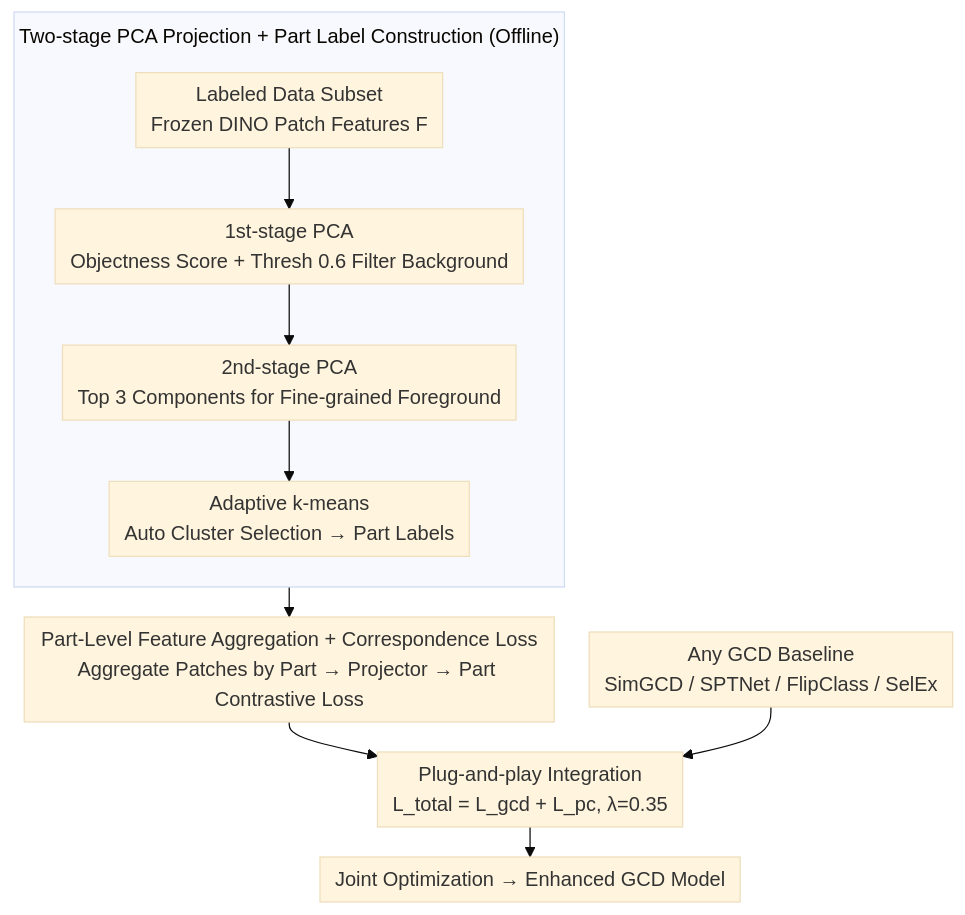
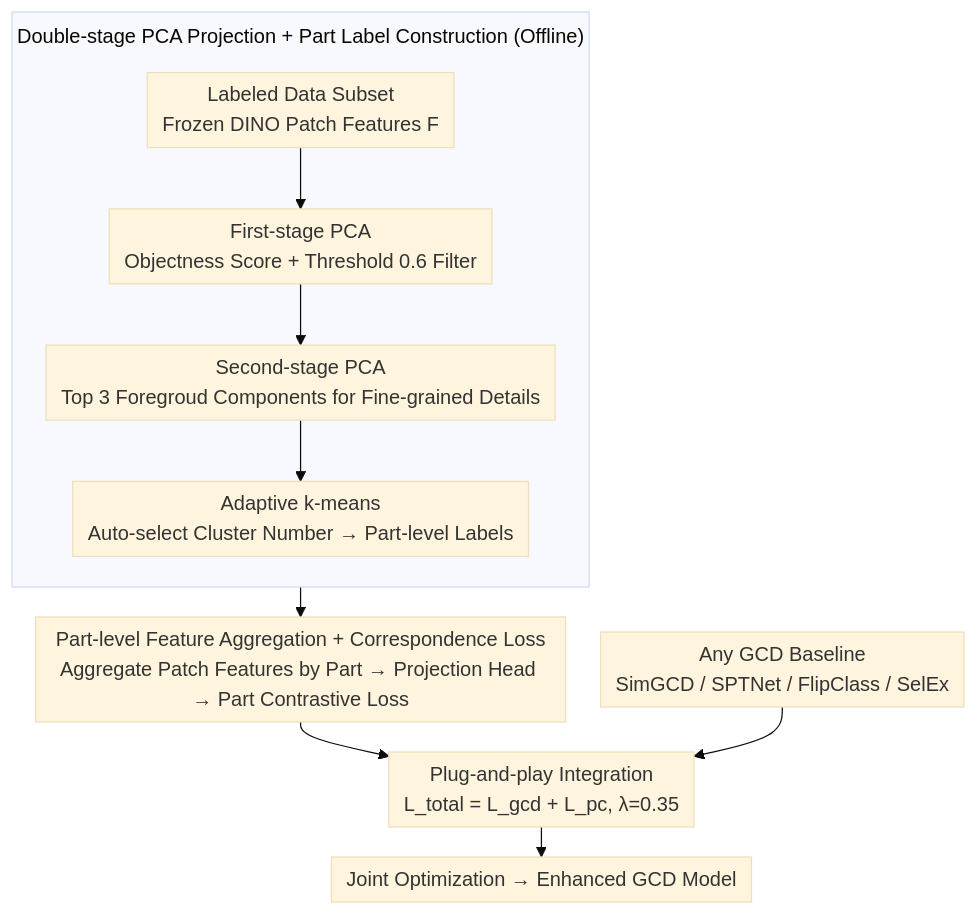
Before and after one commit to zhaoyang97/Paper-Notes-en: the diagram in docs/ICML2026/self_supervised/partco_part-level_correspondence_priors_enhance_category_discovery.md, drawn with Mermaid (base theme). The commit also changed other lines of this file and 5084 other files, not shown here.

````diff
--- a/docs/ICML2026/self_supervised/partco_part-level_correspondence_priors_enhance_category_discovery.md
+++ b/docs/ICML2026/self_supervised/partco_part-level_correspondence_priors_enhance_category_discovery.md
@@ -42,14 +42,14 @@
 ```mermaid
 %%{init: {'flowchart': {'rankSpacing': 24, 'nodeSpacing': 28, 'padding': 6, 'wrappingWidth': 400, 'subGraphTitleMargin': {'top': 8, 'bottom': 16}}}}%%
 flowchart TD
-    subgraph OFF["Two-stage PCA Projection + Part Label Construction (Offline)"]
+    subgraph OFF["Double-stage PCA Projection + Part Label Construction (Offline)"]
         direction TB
-        A["Labeled Data Subset<br/>Frozen DINO Patch Features F"] --> B["1st-stage PCA<br/>Objectness Score + Thresh 0.6 Filter Background"]
-        B --> C["2nd-stage PCA<br/>Top 3 Components for Fine-grained Foreground"]
-        C --> D["Adaptive k-means<br/>Auto Cluster Selection → Part Labels"]
+        A["Labeled Data Subset<br/>Frozen DINO Patch Features F"] --> B["First-stage PCA<br/>Objectness Score + Threshold 0.6 Filter"]
+        B --> C["Second-stage PCA<br/>Top 3 Foregroud Components for Fine-grained Details"]
+        C --> D["Adaptive k-means<br/>Auto-select Cluster Number → Part-level Labels"]
     end
-    D --> E["Part-Level Feature Aggregation + Correspondence Loss<br/>Aggregate Patches by Part → Projector → Part Contrastive Loss"]
+    D --> E["Part-level Feature Aggregation + Correspondence Loss<br/>Aggregate Patch Features by Part → Projection Head → Part Contrastive Loss"]
     E --> F["Plug-and-play Integration<br/>L_total = L_gcd + L_pc, λ=0.35"]
     G["Any GCD Baseline<br/>SimGCD / SPTNet / FlipClass / SelEx"] --> F
     F --> H["Joint Optimization → Enhanced GCD Model"]
 ```
````
